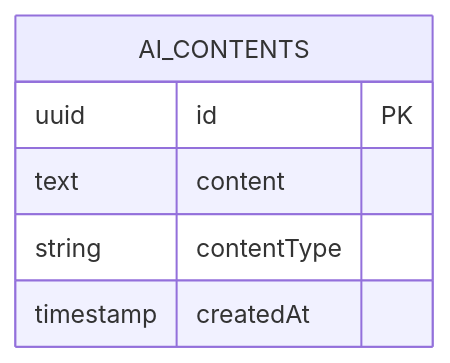
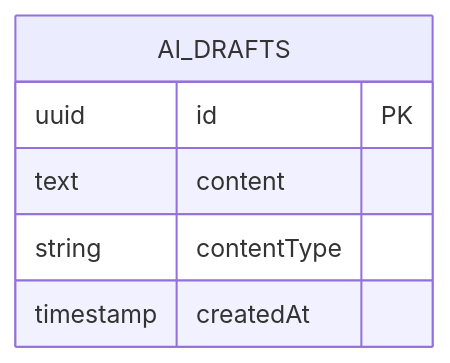
One commit to AryehRotberg/english-student-system changed the sixth of 6 diagrams in README.md. Above: the diagram before and after it, drawn with Mermaid. The commit also changed other lines of this file and 250 other files, not shown here.

````diff
--- a/README.md
+++ b/README.md
@@ -177,9 +177,9 @@
 ```mermaid
 erDiagram
-    AI_CONTENTS {
+    AI_DRAFTS {
         uuid id PK
         text content
         string contentType
         timestamp createdAt
     }
 ```
````
